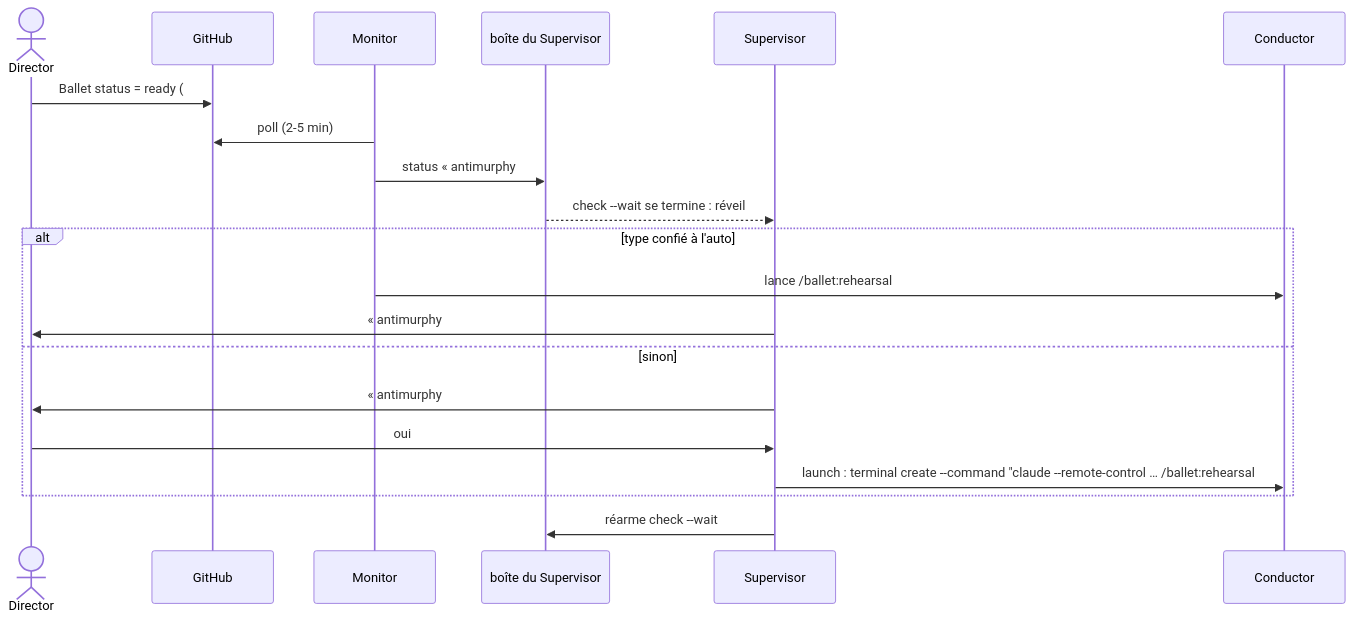
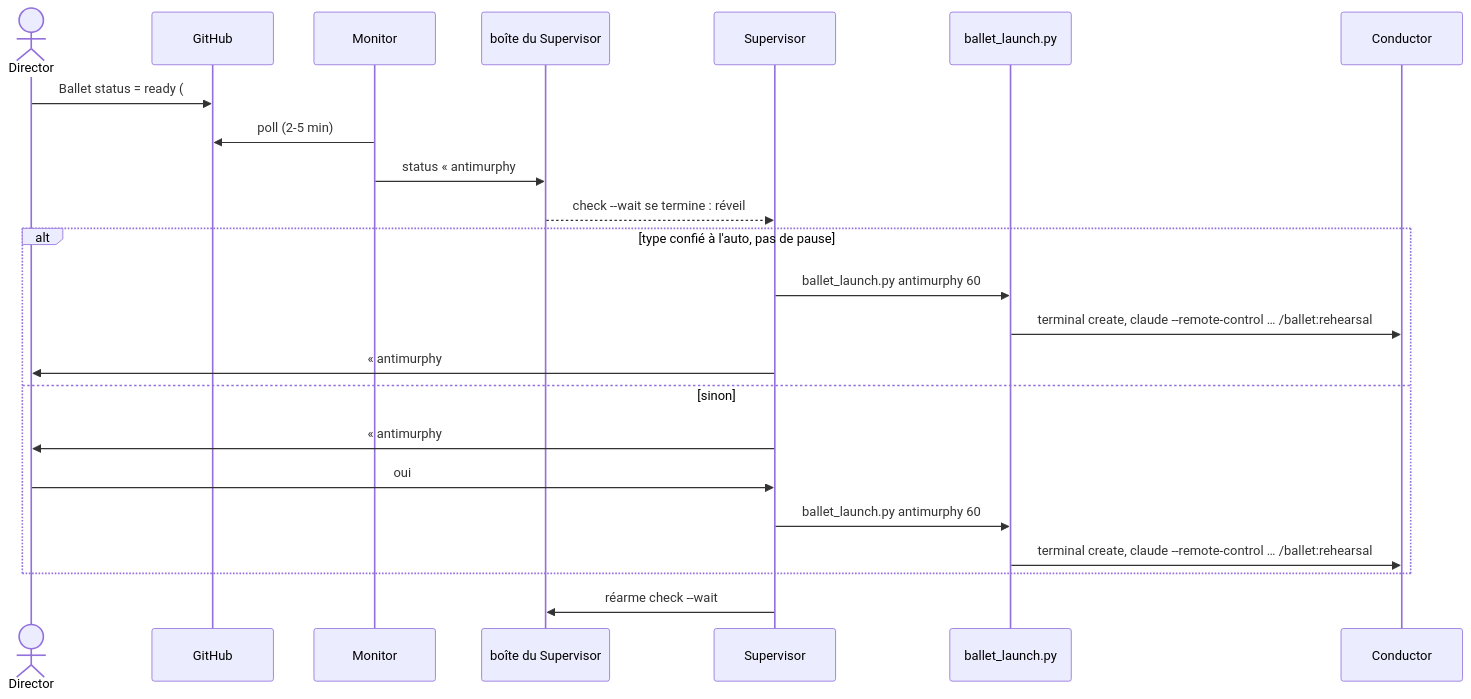
One commit to bdridi/ballet changed the second of 3 diagrams in docs/spikes/0001-superviseur-boite-orca.md. Above: the diagram before and after it, drawn with Mermaid. The commit also changed other lines of this file and 1 other file, not shown here.

Commit message:
docs: Supervisor seul lanceur (ballet_launch.py), Monitor qui observe, gardien qui relance en headless ; deux modes d'installation et OPP-74 (installer Ballet sur un poste) ; vision et OPP-01 alignés

````diff
--- a/docs/spikes/0001-superviseur-boite-orca.md
+++ b/docs/spikes/0001-superviseur-boite-orca.md
@@ -151,23 +192,26 @@
 ```mermaid
 sequenceDiagram
     actor D as Director
     participant GH as GitHub
     participant DM as Monitor
     participant B as boîte du Supervisor
     participant S as Supervisor
+    participant L as ballet_launch.py
     participant C as Conductor
 
     D->>GH: Ballet status = ready (#60)
     DM->>GH: poll (2-5 min)
     DM->>B: status « antimurphy#60 · ready »
     B-->>S: check --wait se termine : réveil
-    alt type confié à l'auto
-        DM->>C: lance /ballet:rehearsal #60
+    alt type confié à l'auto, pas de pause
+        S->>L: ballet_launch.py antimurphy 60
+        L->>C: terminal create, claude --remote-control … /ballet:rehearsal #60
         S->>D: « antimurphy #60 est partie en Rehearsal »
     else sinon
         S->>D: « antimurphy #60 est prête, je lance ? »
         D->>S: oui
-        S->>C: launch : terminal create --command "claude --remote-control … /ballet:rehearsal #60"
+        S->>L: ballet_launch.py antimurphy 60
+        L->>C: terminal create, claude --remote-control … /ballet:rehearsal #60
     end
     S->>B: réarme check --wait
 ```
````
